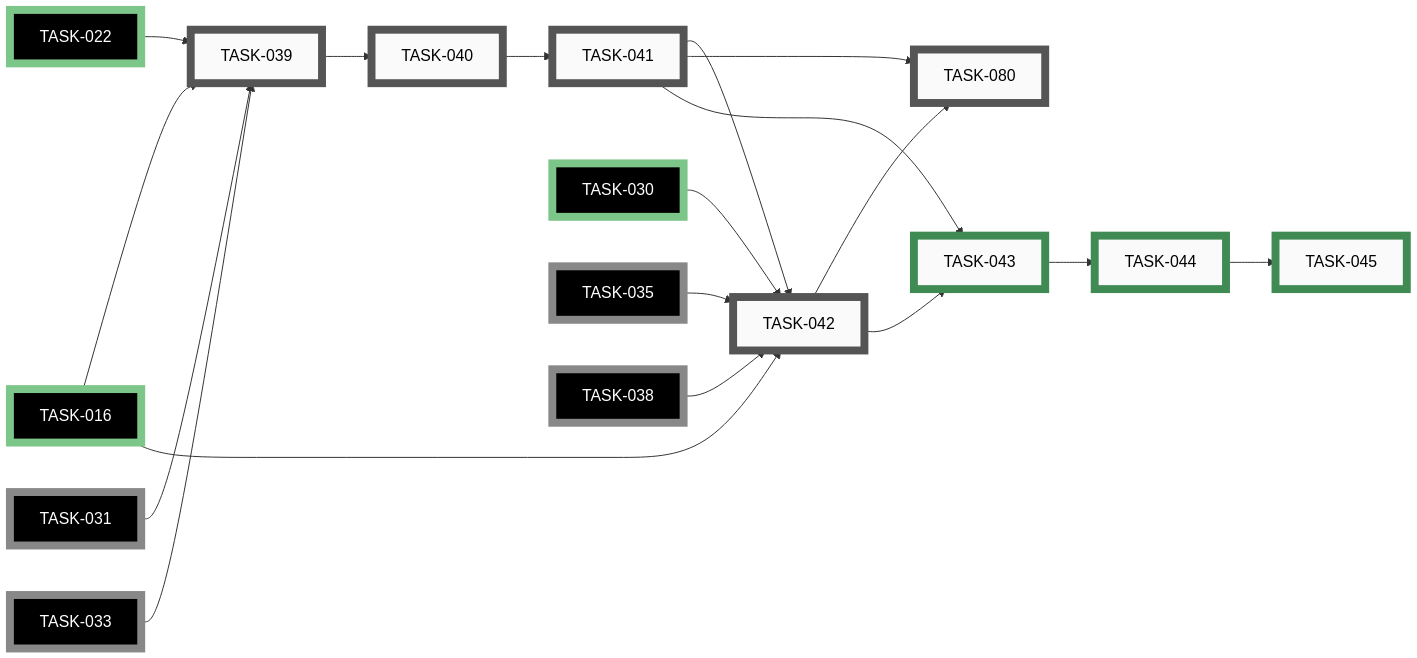
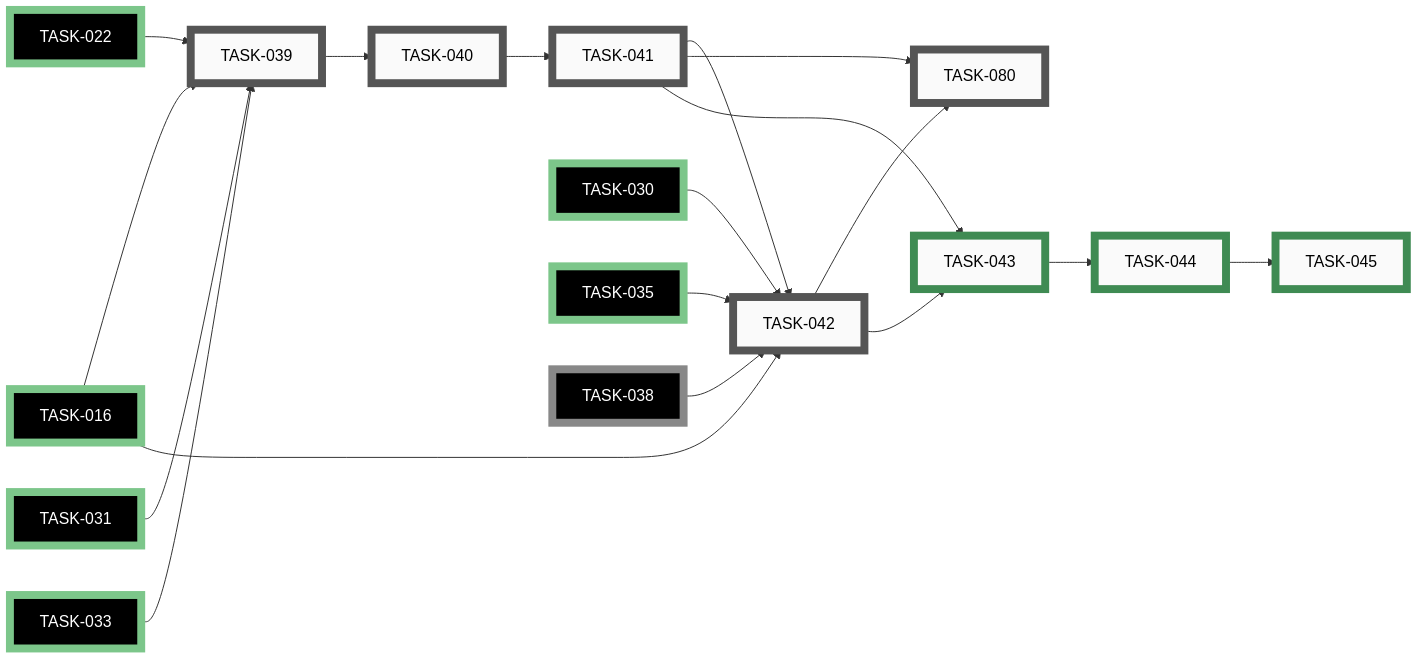
The sixth of 11 diagrams in docs/developers/tasks/EPICS.md (tgd1975/CircuitSmith), drawn with Mermaid before and after one commit. The commit also changed other lines of this file and 36 other files, not shown here.

First line of the commit message:
close EPIC-004: Circuit Skill — BOM and Netlist Exporters

````diff
--- a/docs/developers/tasks/EPICS.md
+++ b/docs/developers/tasks/EPICS.md
@@ -351,58 +351,58 @@
 ```mermaid
 graph LR
     TASK_039["TASK-039"]:::open
     TASK_040["TASK-040"]:::open
     TASK_041["TASK-041"]:::open
     TASK_042["TASK-042"]:::open
     TASK_080["TASK-080"]:::open
     TASK_043["TASK-043"]:::closed
     TASK_044["TASK-044"]:::closed
     TASK_045["TASK-045"]:::closed
     TASK_016["TASK-016"]:::closedExt
     TASK_022["TASK-022"]:::closedExt
     TASK_030["TASK-030"]:::closedExt
-    TASK_031["TASK-031"]:::openExt
-    TASK_033["TASK-033"]:::openExt
-    TASK_035["TASK-035"]:::openExt
+    TASK_031["TASK-031"]:::closedExt
+    TASK_033["TASK-033"]:::closedExt
+    TASK_035["TASK-035"]:::closedExt
     TASK_038["TASK-038"]:::openExt
     TASK_022 --> TASK_039
     TASK_031 --> TASK_039
     TASK_033 --> TASK_039
     TASK_016 --> TASK_039
     TASK_039 --> TASK_040
     TASK_040 --> TASK_041
     TASK_016 --> TASK_042
     TASK_030 --> TASK_042
     TASK_035 --> TASK_042
     TASK_038 --> TASK_042
     TASK_041 --> TASK_042
     TASK_041 --> TASK_080
     TASK_042 --> TASK_080
     TASK_041 --> TASK_043
     TASK_042 --> TASK_043
     TASK_043 --> TASK_044
     TASK_044 --> TASK_045
     click TASK_039 "open/task-039-write-skill-md-system-prompt.md"
     click TASK_040 "open/task-040-register-skill-in-vibe-config.md"
     click TASK_041 "open/task-041-run-five-acceptance-tests.md"
     click TASK_042 "open/task-042-finalise-skill-docs.md"
     click TASK_080 "open/task-080-publish-circuitsmith-to-pypi.md"
     click TASK_043 "closed/task-043-create-standalone-circuit-skill-repo.md"
     click TASK_044 "closed/task-044-extract-skill-commit-history.md"
     click TASK_045 "closed/task-045-replace-skill-dir-with-pinned-copy.md"
     click TASK_016 "closed/task-016-write-renderer-and-layout-docs.md"
     click TASK_022 "closed/task-022-implement-erc-engine.md"
     click TASK_030 "closed/task-030-write-erc-checks-reference-doc.md"
-    click TASK_031 "open/task-031-implement-bom-exporter.md"
-    click TASK_033 "open/task-033-implement-netlist-exporter.md"
-    click TASK_035 "open/task-035-extend-ci-and-docs-for-exporters.md"
+    click TASK_031 "closed/task-031-implement-bom-exporter.md"
+    click TASK_033 "closed/task-033-implement-netlist-exporter.md"
+    click TASK_035 "closed/task-035-extend-ci-and-docs-for-exporters.md"
     click TASK_038 "open/task-038-update-pre-commit-hook-for-circuit-yml.md"
     classDef open    fill:#FAFAFA,stroke:#555,stroke-width:8px,color:#000
     classDef active  fill:#FAFAFA,stroke:#1A6FA8,stroke-width:8px,color:#000
     classDef closed  fill:#FAFAFA,stroke:#3F8B53,stroke-width:8px,color:#000
     classDef paused  fill:#FAFAFA,stroke:#B07810,stroke-width:8px,color:#000
     classDef openExt    fill:#000,stroke:#888,stroke-width:8px,color:#FFF
     classDef activeExt  fill:#000,stroke:#3FA9F5,stroke-width:8px,color:#FFF
     classDef closedExt  fill:#000,stroke:#7CC68A,stroke-width:8px,color:#FFF
     classDef pausedExt  fill:#000,stroke:#F0B030,stroke-width:8px,color:#FFF
 ```
````
